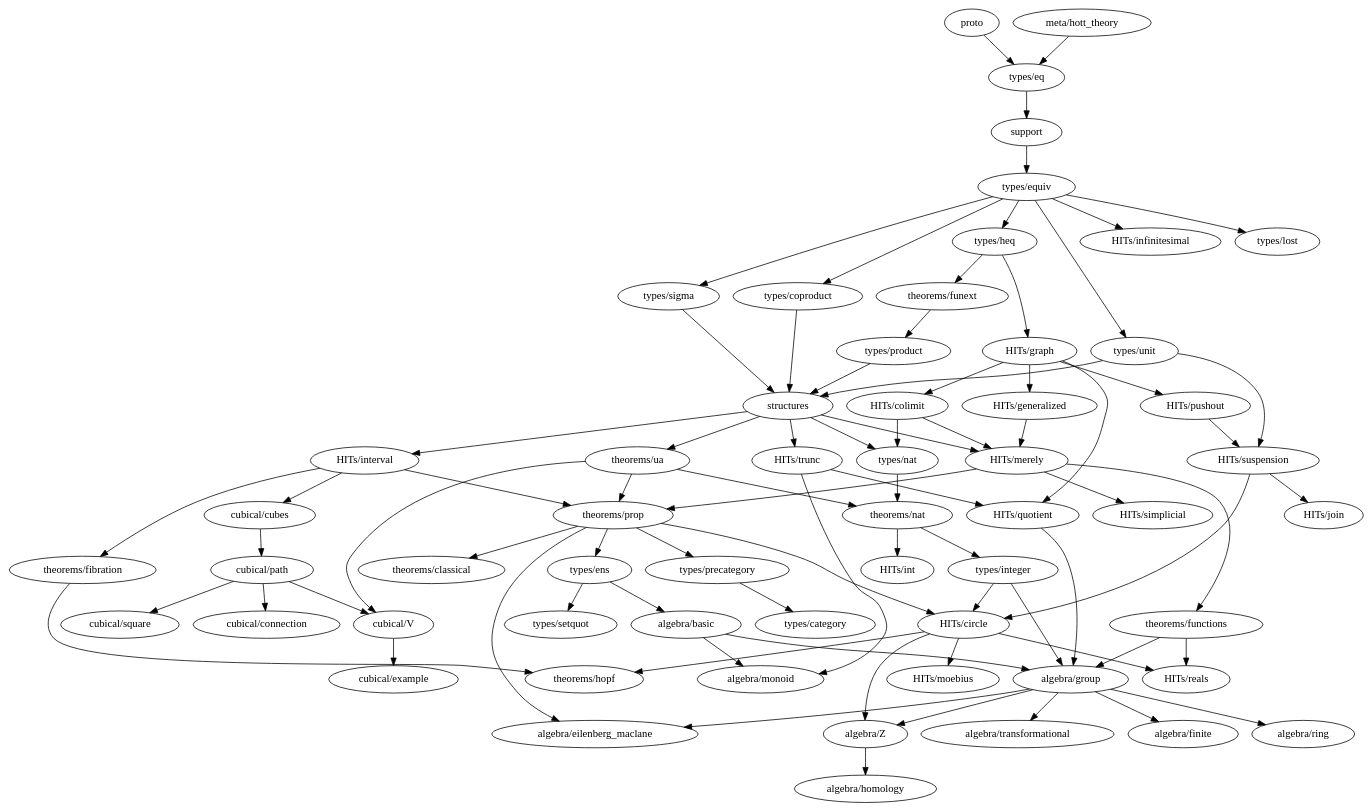
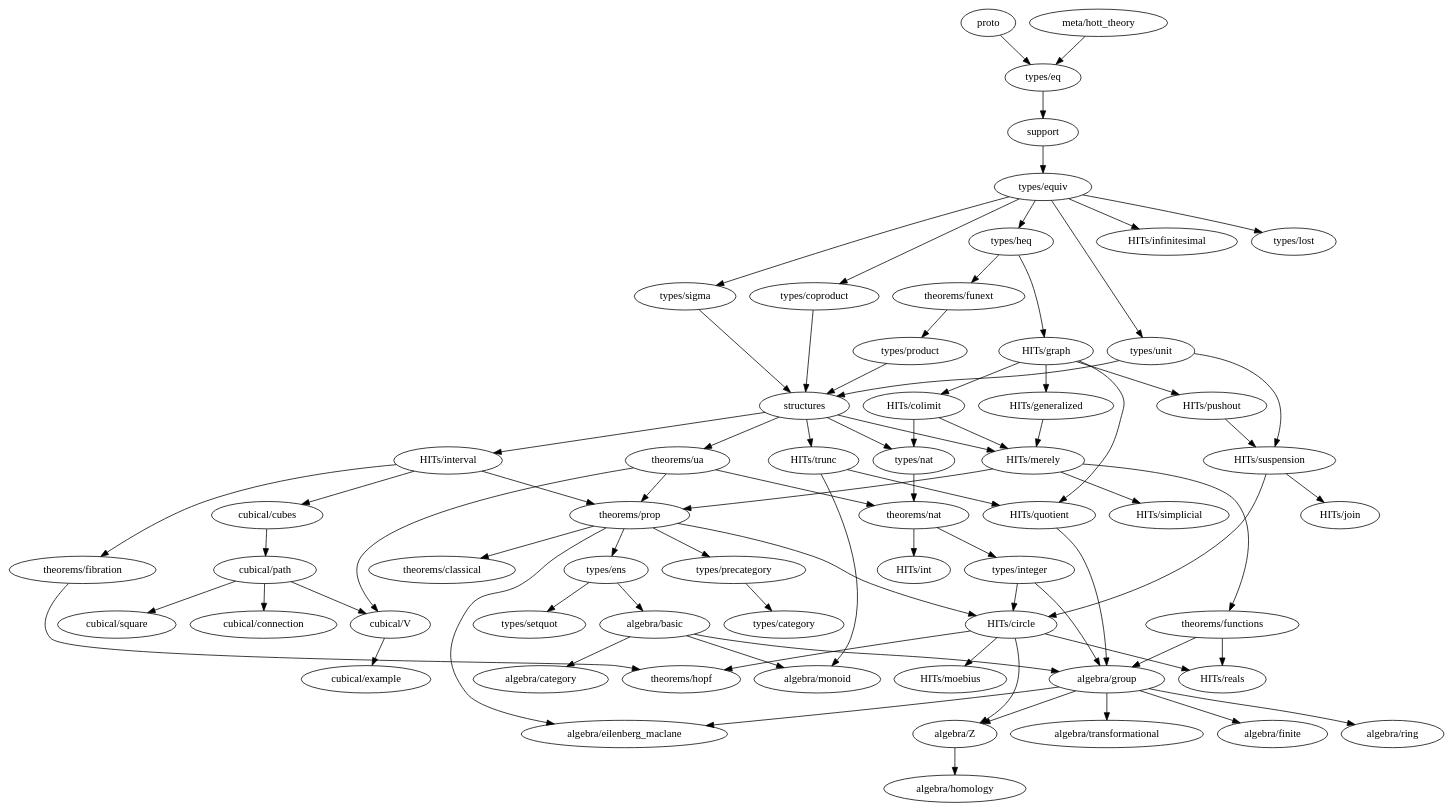
The diagram in dependency-map.gv (forked-from-1kasper/ground_zero), drawn with Graphviz before and after one commit. The commit also changed 2 other files, not shown here.

Commit message:
algebraic definition of category

```diff
--- a/dependency-map.gv
+++ b/dependency-map.gv
@@ -1,131 +1,132 @@
 digraph dependency_map {
   proto -> "types/eq"
   "meta/hott_theory" -> "types/eq"
   support -> "types/equiv"
   structures -> {
     "HITs/interval",
     "HITs/merely",
     "HITs/trunc",
     "types/nat",
     "theorems/ua"
   }
 
   subgraph algebra {
-    "algebra/basic" -> { "algebra/monoid", "algebra/group" }
+    "algebra/basic" -> { "algebra/category", "algebra/monoid", "algebra/group" }
+    "algebra/category"
     "algebra/eilenberg_maclane"
     "algebra/finite"
     "algebra/group" -> {
       "algebra/eilenberg_maclane",
       "algebra/finite",
       "algebra/ring",
       "algebra/transformational",
       "algebra/Z"
     }
     "algebra/homology"
     "algebra/monoid"
     "algebra/ring"
     "algebra/transformational"
     "algebra/Z" -> { "algebra/homology" }
   }
 
   subgraph types {
     "types/category"
     "types/coproduct" -> { structures }
     "types/eq" -> { support }
     "types/ens" -> { "algebra/basic", "types/setquot" }
     "types/equiv" -> {
       "types/heq",
       "HITs/infinitesimal",
       "types/coproduct",
       "types/lost",
       "types/unit",
       "types/sigma"
     }
     "types/heq" -> {
       "HITs/graph", "theorems/funext"
     }
     "types/integer" -> {
       "algebra/group",
       "HITs/circle"
     }
     "types/lost"
     "types/nat" -> { "theorems/nat" }
     "types/precategory" -> { "types/category" }
     "types/product" -> { structures }
     "types/setquot"
     "types/sigma" -> { structures }
     "types/unit" -> { structures, "HITs/suspension" }
   }
 
   subgraph HITs {
     "HITs/circle" -> {
       "algebra/Z",
       "theorems/hopf",
       "HITs/moebius",
       "HITs/reals"
     }
     "HITs/colimit" -> { "HITs/merely", "types/nat" }
     "HITs/generalized" -> "HITs/merely"
     "HITs/graph" -> {
       "HITs/colimit",
       "HITs/generalized",
       "HITs/pushout",
       "HITs/quotient"
     }
     "HITs/infinitesimal"
     "HITs/interval" -> {
       "cubical/cubes",
       "theorems/prop",
       "theorems/fibration"
     }
     "HITs/join"
     "HITs/merely" -> {
       "theorems/prop",
       "HITs/simplicial",
       "theorems/functions"
     }
     "HITs/moebius"
     "HITs/pushout" -> {
       "HITs/suspension"
     }
     "HITs/quotient" -> { "algebra/group" }
     "HITs/reals"
     "HITs/simplicial"
     "HITs/suspension" -> { "HITs/circle", "HITs/join" }
     "HITs/trunc" -> { "algebra/monoid", "HITs/quotient" }
   }
 
   subgraph cubical {
     "cubical/connection"
     "cubical/cubes" -> "cubical/path"
     "cubical/example"
     "cubical/path" -> {
       "cubical/square",
       "cubical/V",
       "cubical/connection"
     }
     "cubical/square"
     "cubical/V" -> { "cubical/example" }
   }
 
   subgraph theorems {
     "theorems/classical"
     "theorems/fibration" -> { "theorems/hopf" }
     "theorems/functions" -> { "HITs/reals", "algebra/group" }
     "theorems/funext" -> { "types/product" }
     "theorems/hopf"
     "theorems/nat" -> { "HITs/int", "types/integer" }
     "theorems/prop" -> {
       "algebra/eilenberg_maclane",
       "HITs/circle",
       "types/ens",
       "types/precategory",
       "theorems/classical"
     }
     "theorems/ua" -> {
       "theorems/nat",
       "theorems/prop",
       "cubical/V"
     }
   }
 }
```
